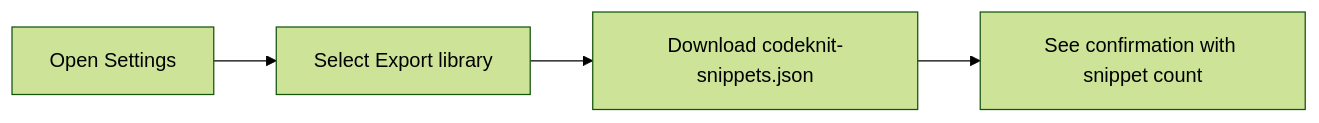
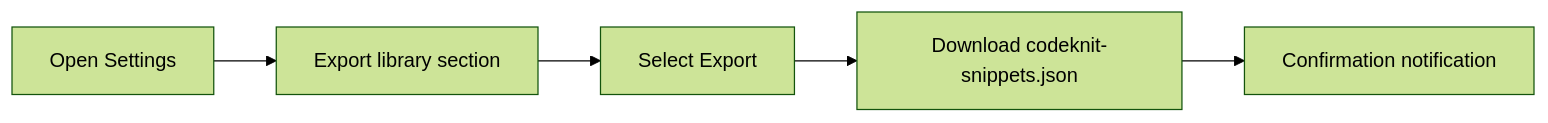
One commit to Mohita111/API2 changed the first of 3 diagrams in api2-documentation/plan_2026-11-02_f8890e/user-facing-docs/import-and-export.md. Above: the diagram before and after it, drawn with Mermaid (forest theme). The commit also changed other lines of this file and 12 other files, not shown here.

````diff
--- a/api2-documentation/plan_2026-11-02_f8890e/user-facing-docs/import-and-export.md
+++ b/api2-documentation/plan_2026-11-02_f8890e/user-facing-docs/import-and-export.md
@@ -37,6 +38,7 @@
 ```mermaid
 graph LR
-A[Open Settings] --> B[Select Export library]
-B --> C["Download codeknit-snippets.json"]
-C --> D[See confirmation with snippet count]
+    A[Open Settings] --> B[Export library section]
+    B --> C[Select Export]
+    C --> D["Download codeknit-snippets.json"]
+    D --> E[Confirmation notification]
 ```
````
